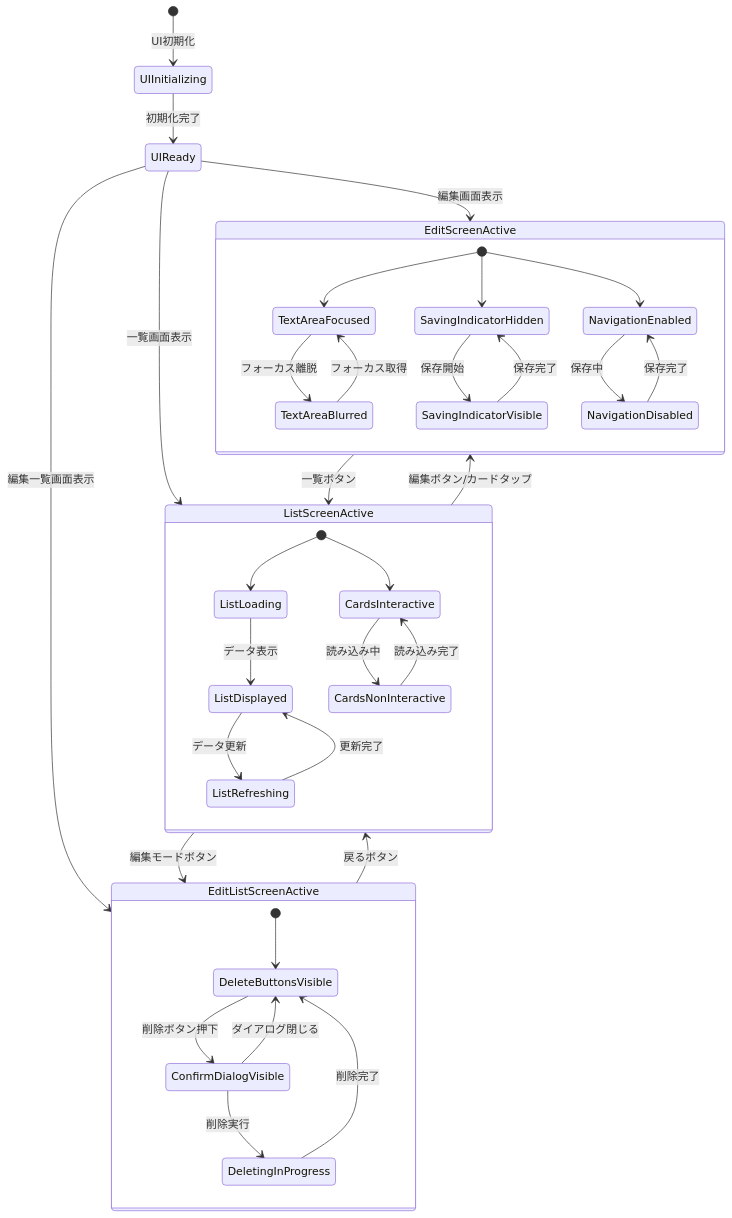
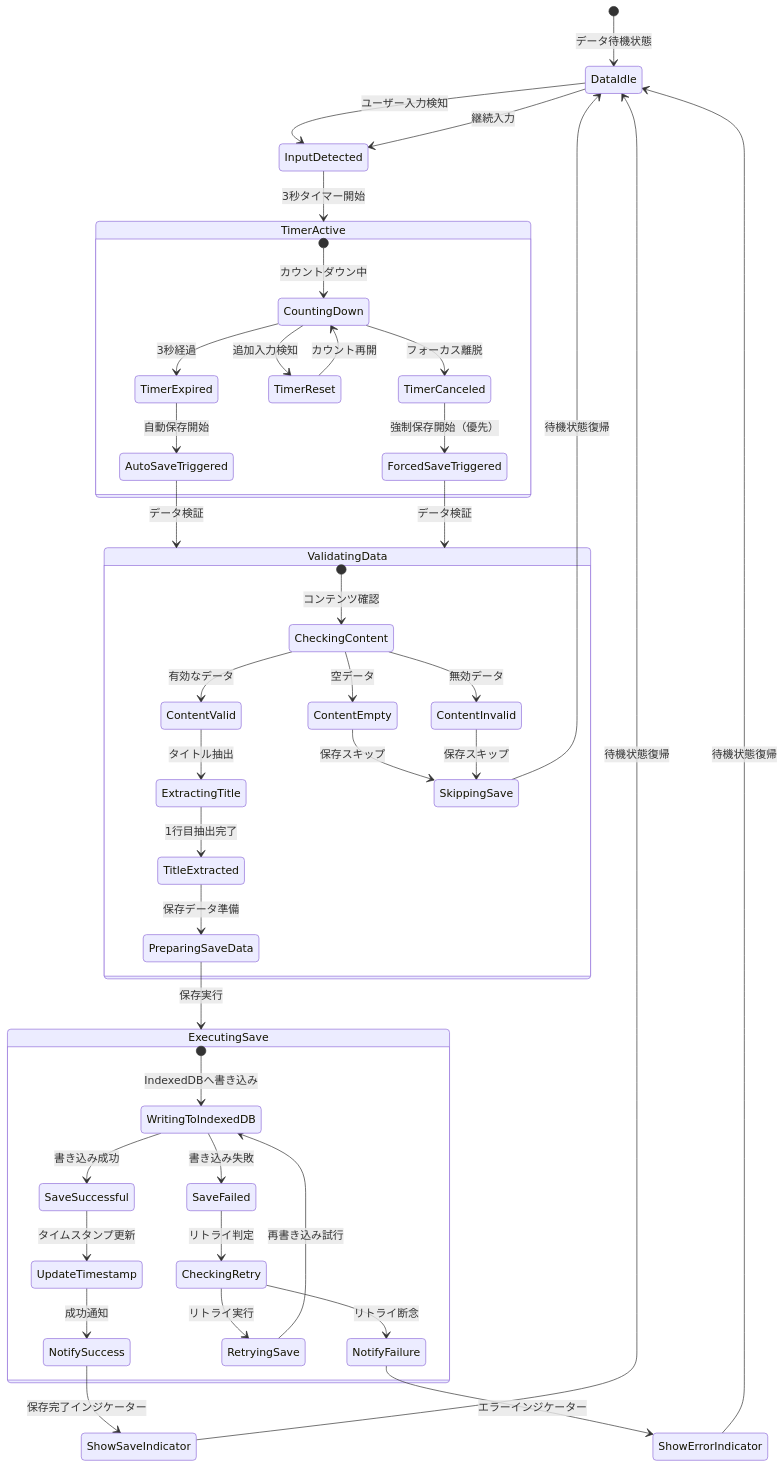
The fifth of 6 diagrams in stateTransition.md (KajiyaManzou/ai-MyNotes), drawn with Mermaid before and after one commit. The commit also changed other lines of this file and 4 other files, not shown here.

````diff
--- a/stateTransition.md
+++ b/stateTransition.md
@@ -162,47 +321,63 @@
 ```mermaid
 stateDiagram-v2
-    [*] --> UIInitializing : UI初期化
+    [*] --> DataIdle : データ待機状態
     
-    UIInitializing --> UIReady : 初期化完了
-    UIReady --> EditScreenActive : 編集画面表示
-    UIReady --> ListScreenActive : 一覧画面表示
-    UIReady --> EditListScreenActive : 編集一覧画面表示
+    DataIdle --> InputDetected : ユーザー入力検知
+    InputDetected --> TimerActive : 3秒タイマー開始
     
-    EditScreenActive --> ListScreenActive : 一覧ボタン
-    ListScreenActive --> EditScreenActive : 編集ボタン/カードタップ
-    ListScreenActive --> EditListScreenActive : 編集モードボタン
-    EditListScreenActive --> ListScreenActive : 戻るボタン
-    
-    state EditScreenActive {
-        [*] --> TextAreaFocused
-        TextAreaFocused --> TextAreaBlurred : フォーカス離脱
-        TextAreaBlurred --> TextAreaFocused : フォーカス取得
+    state TimerActive {
+        [*] --> CountingDown : カウントダウン中
+        CountingDown --> TimerExpired : 3秒経過
+        CountingDown --> TimerReset : 追加入力検知
+        CountingDown --> TimerCanceled : フォーカス離脱
         
-        [*] --> SavingIndicatorHidden
-        SavingIndicatorHidden --> SavingIndicatorVisible : 保存開始
-        SavingIndicatorVisible --> SavingIndicatorHidden : 保存完了
-        
-        [*] --> NavigationEnabled
-        NavigationEnabled --> NavigationDisabled : 保存中
-        NavigationDisabled --> NavigationEnabled : 保存完了
+        TimerReset --> CountingDown : カウント再開
+        TimerExpired --> AutoSaveTriggered : 自動保存開始
+        TimerCanceled --> ForcedSaveTriggered : 強制保存開始（優先）
     }
     
-    state ListScreenActive {
-        [*] --> ListLoading
-        ListLoading --> ListDisplayed : データ表示
-        ListDisplayed --> ListRefreshing : データ更新
-        ListRefreshing --> ListDisplayed : 更新完了
+    AutoSaveTriggered --> ValidatingData : データ検証
+    ForcedSaveTriggered --> ValidatingData : データ検証
+    
+    state ValidatingData {
+        [*] --> CheckingContent : コンテンツ確認
+        CheckingContent --> ContentValid : 有効なデータ
+        CheckingContent --> ContentEmpty : 空データ
+        CheckingContent --> ContentInvalid : 無効データ
         
-        [*] --> CardsInteractive
-        CardsInteractive --> CardsNonInteractive : 読み込み中
-        CardsNonInteractive --> CardsInteractive : 読み込み完了
+        ContentValid --> ExtractingTitle : タイトル抽出
+        ContentEmpty --> SkippingSave : 保存スキップ
+        ContentInvalid --> SkippingSave : 保存スキップ
+        
+        ExtractingTitle --> TitleExtracted : 1行目抽出完了
+        TitleExtracted --> PreparingSaveData : 保存データ準備
     }
     
-    state EditListScreenActive {
-        [*] --> DeleteButtonsVisible
-        DeleteButtonsVisible --> ConfirmDialogVisible : 削除ボタン押下
-        ConfirmDialogVisible --> DeleteButtonsVisible : ダイアログ閉じる
-        ConfirmDialogVisible --> DeletingInProgress : 削除実行
-        DeletingInProgress --> DeleteButtonsVisible : 削除完了
+    PreparingSaveData --> ExecutingSave : 保存実行
+    
+    state ExecutingSave {
+        [*] --> WritingToIndexedDB : IndexedDBへ書き込み
+        WritingToIndexedDB --> SaveSuccessful : 書き込み成功
+        WritingToIndexedDB --> SaveFailed : 書き込み失敗
+        
+        SaveSuccessful --> UpdateTimestamp : タイムスタンプ更新
+        UpdateTimestamp --> NotifySuccess : 成功通知
+        
+        SaveFailed --> CheckingRetry : リトライ判定
+        CheckingRetry --> RetryingSave : リトライ実行
+        CheckingRetry --> NotifyFailure : リトライ断念
+        
+        RetryingSave --> WritingToIndexedDB : 再書き込み試行
     }
+    
+    NotifySuccess --> ShowSaveIndicator : 保存完了インジケーター
+    ShowSaveIndicator --> DataIdle : 待機状態復帰
+    
+    NotifyFailure --> ShowErrorIndicator : エラーインジケーター
+    ShowErrorIndicator --> DataIdle : 待機状態復帰
+    
+    SkippingSave --> DataIdle : 待機状態復帰
+    
+    %% 継続入力時の状態遷移
+    DataIdle --> InputDetected : 継続入力
 ```
````
